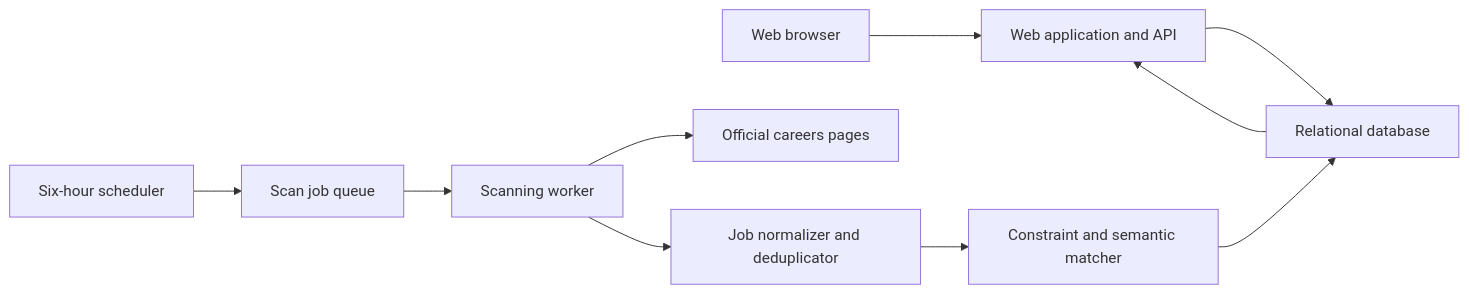
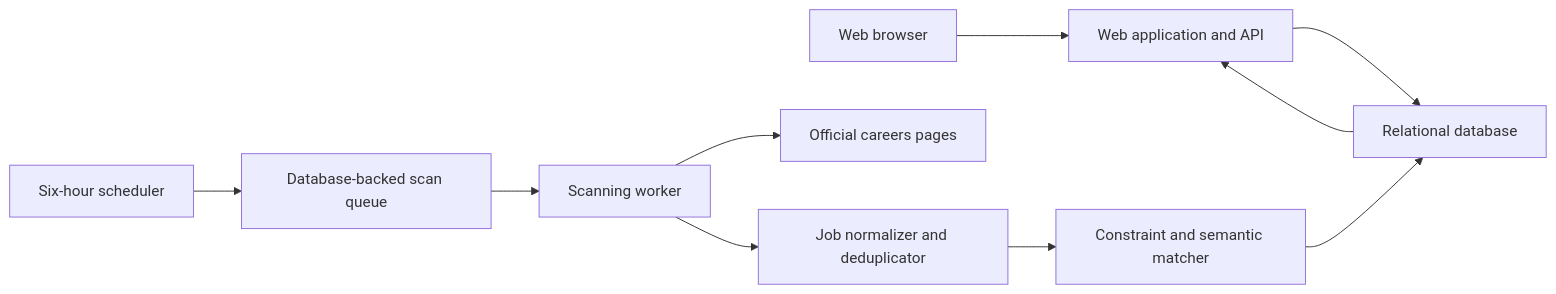
The diagram in PROJECT_SPEC.md (DAJ8112/source-scout), drawn with Mermaid before and after one commit. The commit also changed other lines of this file and 20 other files, not shown here.

````diff
--- a/PROJECT_SPEC.md
+++ b/PROJECT_SPEC.md
@@ -253,12 +255,12 @@
 ```mermaid
 flowchart LR
     Browser["Web browser"] --> Web["Web application and API"]
     Web --> DB["Relational database"]
-    Scheduler["Six-hour scheduler"] --> Queue["Scan job queue"]
+    Scheduler["Six-hour scheduler"] --> Queue["Database-backed scan queue"]
     Queue --> Worker["Scanning worker"]
     Worker --> Official["Official careers pages"]
     Worker --> Normalizer["Job normalizer and deduplicator"]
     Normalizer --> Matcher["Constraint and semantic matcher"]
     Matcher --> DB
     DB --> Web
 ```
````
